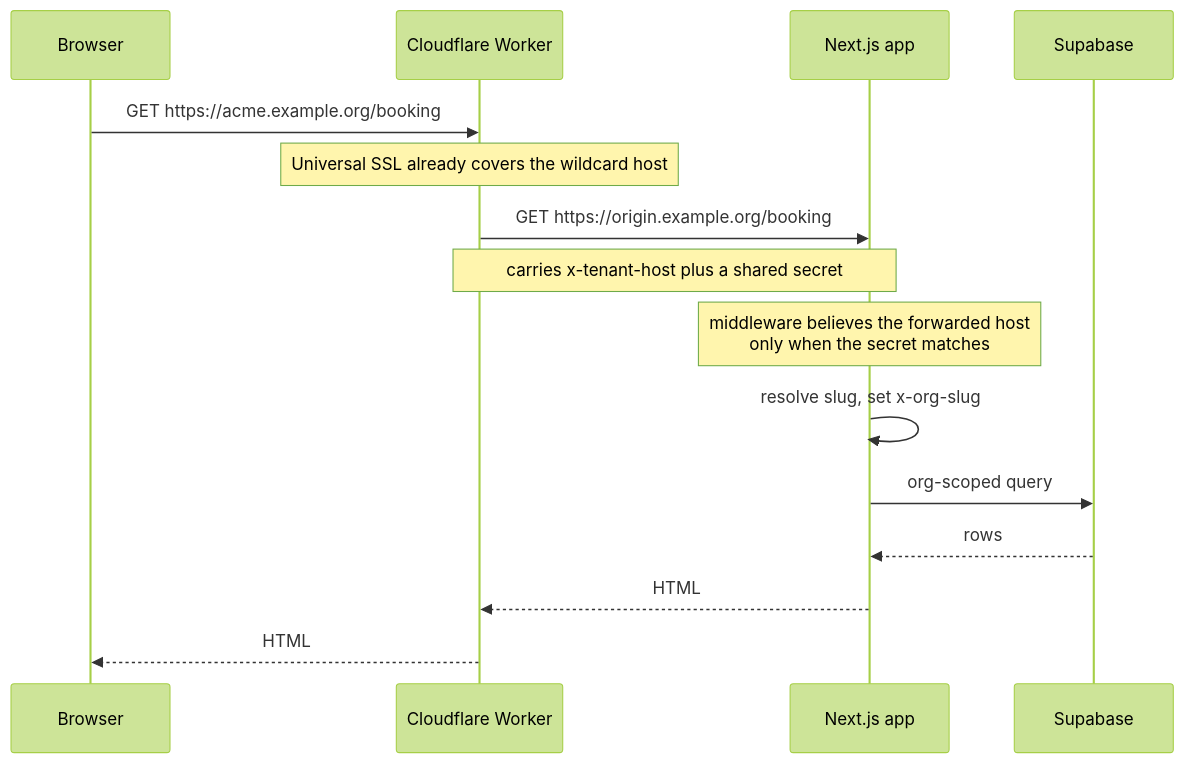
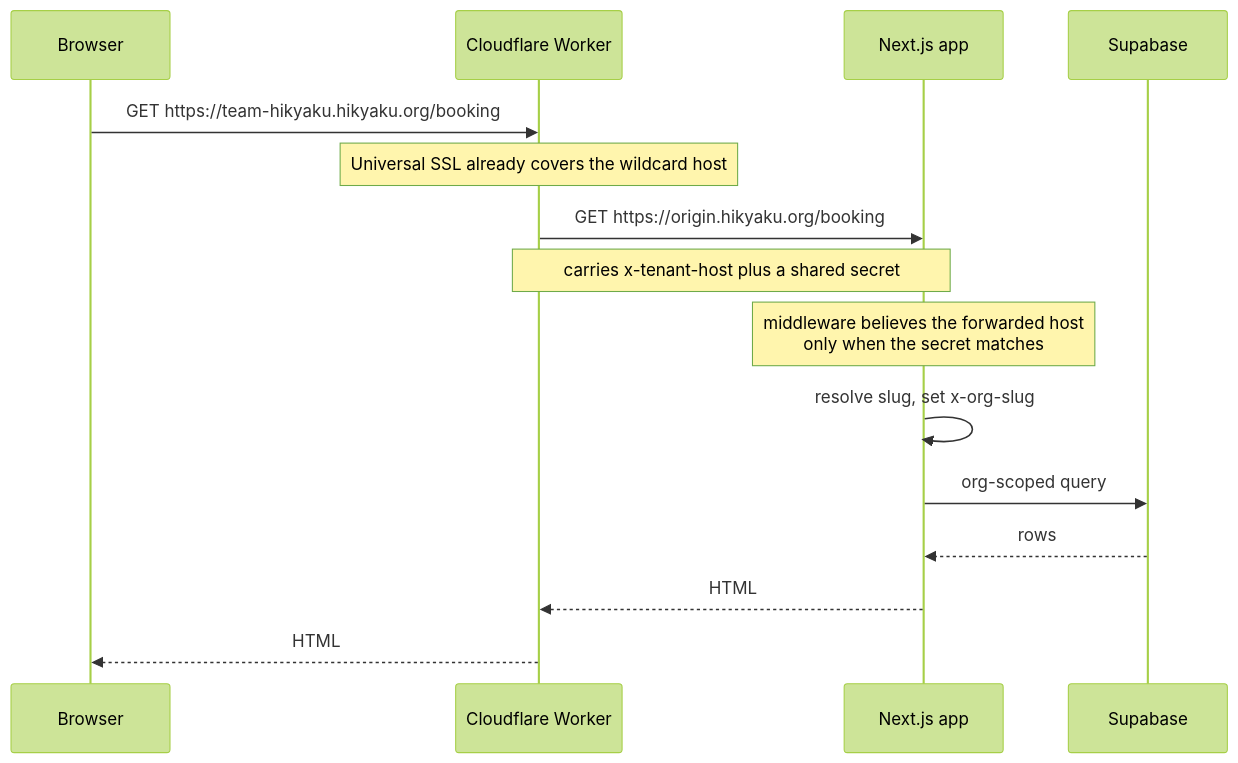
Before and after one commit to HikyakuOrg/hikyaku-docs: the second of 2 diagrams in docs/architecture.mdx, drawn with Mermaid (forest theme). The commit also changed other lines of this file and 3 other files, not shown here.

Commit message:
Rewrote architecture docs

````diff
--- a/docs/architecture.mdx
+++ b/docs/architecture.mdx
@@ -95,18 +87,18 @@
 ```mermaid
 sequenceDiagram
   participant B as Browser
   participant W as Cloudflare Worker
   participant V as Next.js app
   participant S as Supabase
 
-  B->>W: GET https://acme.example.org/booking
+  B->>W: GET https://team-hikyaku.hikyaku.org/booking
   Note over W: Universal SSL already covers the wildcard host
-  W->>V: GET https://origin.example.org/booking
+  W->>V: GET https://origin.hikyaku.org/booking
   Note over W,V: carries x-tenant-host plus a shared secret
   Note over V: middleware believes the forwarded host<br/>only when the secret matches
   V->>V: resolve slug, set x-org-slug
   V->>S: org-scoped query
   S-->>V: rows
   V-->>W: HTML
   W-->>B: HTML
 ```
````
